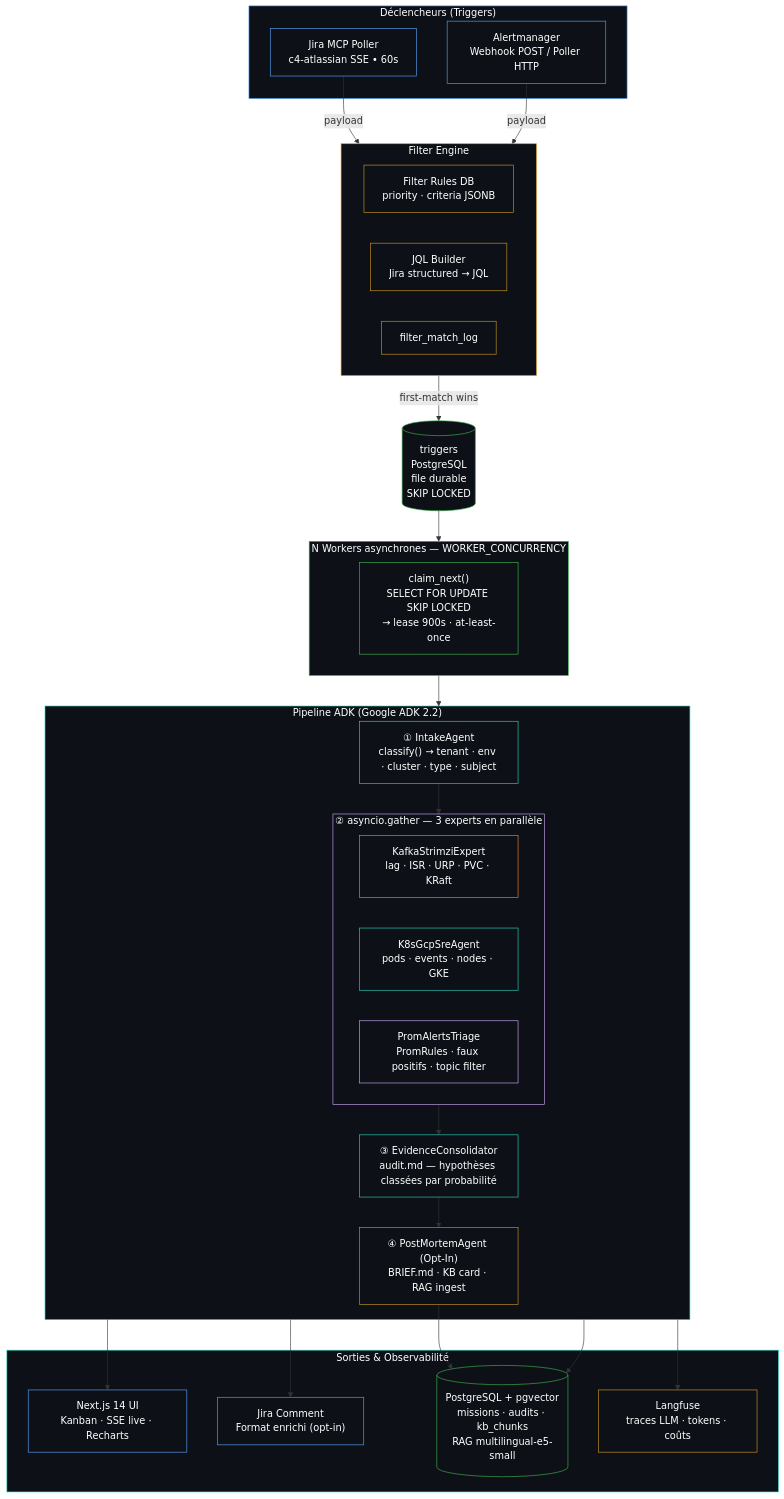
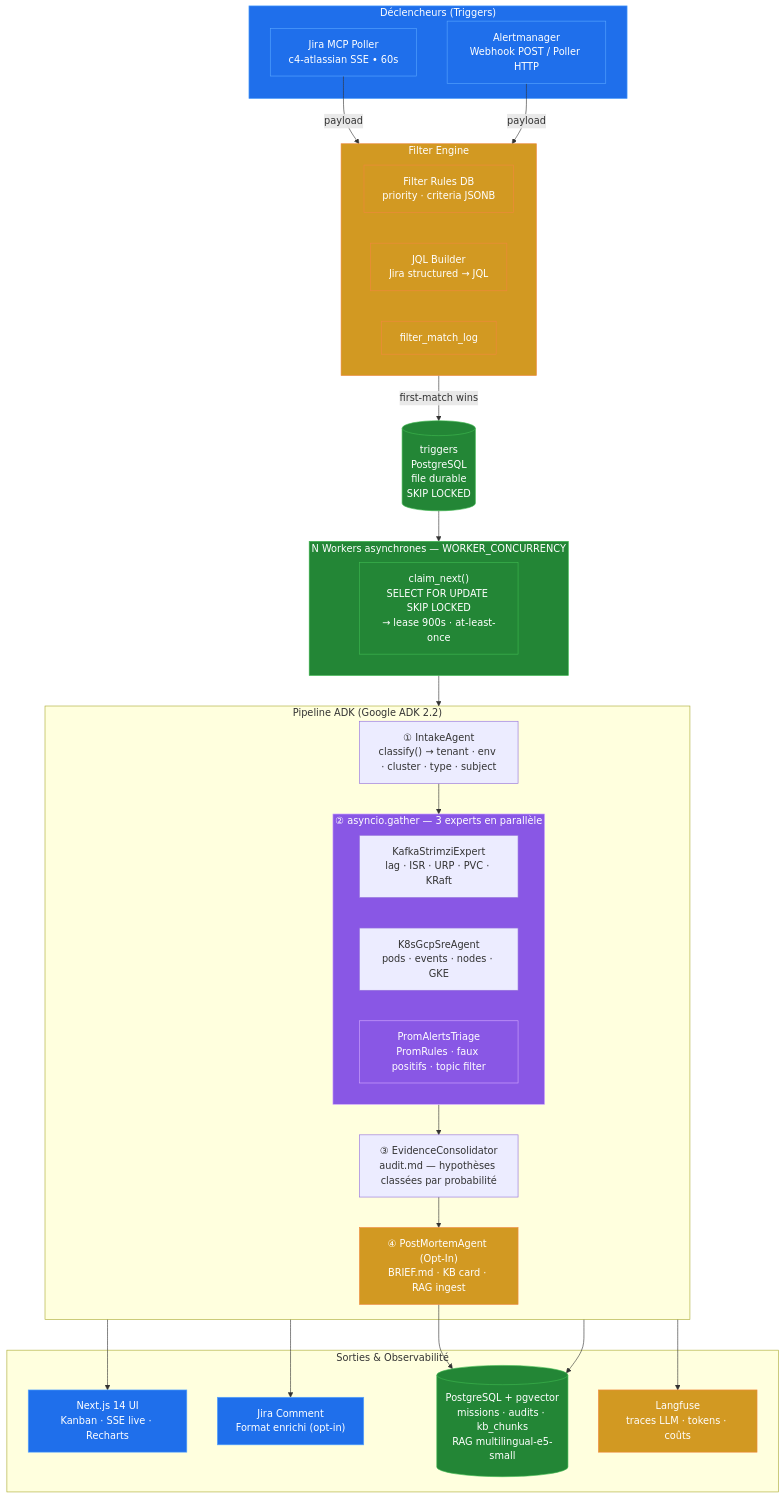
The second of 6 diagrams in README.md (arabaaoui/kafka-agentic-platform), drawn with Mermaid before and after one commit. The commit also changed other lines of this file and 73 other files, not shown here.

Commit message:
chore: unify README diagram styles and anonymize codebase for open-source

````diff
--- a/README.md
+++ b/README.md
@@ -60,66 +60,65 @@
 ```mermaid
 flowchart TD
     subgraph TRIG["Déclencheurs (Triggers)"]
         JM["Jira MCP Poller\nc4-atlassian SSE • 60s"]
         AM["Alertmanager\nWebhook POST / Poller HTTP"]
     end
 
     subgraph FE["Filter Engine"]
         FR["Filter Rules DB\npriority · criteria JSONB"]
         JQL["JQL Builder\nJira structured → JQL"]
         LOG["filter_match_log"]
     end
 
     DB[("triggers\nPostgreSQL\nfile durable\nSKIP LOCKED")]
 
     subgraph WORK["N Workers asynchrones — WORKER_CONCURRENCY"]
         W["claim_next()\nSELECT FOR UPDATE SKIP LOCKED\n→ lease 900s · at-least-once"]
     end
 
     subgraph PIPE["Pipeline ADK (Google ADK 2.2)"]
         IA["① IntakeAgent\nclassify() → tenant · env · cluster · type · subject"]
         subgraph PAR["② asyncio.gather — 3 experts en parallèle"]
             KE["KafkaStrimziExpert\nlag · ISR · URP · PVC · KRaft"]
             SRE["K8sGcpSreAgent\npods · events · nodes · GKE"]
             PT["PromAlertsTriage\nPromRules · faux positifs · topic filter"]
         end
         EC["③ EvidenceConsolidator\naudit.md — hypothèses classées par probabilité"]
         PM["④ PostMortemAgent (Opt-In)\nBRIEF.md · KB card · RAG ingest"]
     end
 
     subgraph OUT["Sorties & Observabilité"]
         UI["Next.js 14 UI\nKanban · SSE live · Recharts"]
         JIRA["Jira Comment\nFormat enrichi (opt-in)"]
         PGV[("PostgreSQL + pgvector\nmissions · audits · kb_chunks\nRAG multilingual-e5-small")]
         LF["Langfuse\ntraces LLM · tokens · coûts"]
     end
 
     JM -->|payload| FE
     AM -->|payload| FE
     FE -->|first-match wins| DB
     DB --> WORK
     WORK --> PIPE
     IA --> PAR
     PAR --> EC
     EC --> PM
     PIPE --> UI
     PIPE --> JIRA
     PM --> PGV
     PIPE --> LF
     PIPE --> PGV
 
     %% Style Definitions
-    classDef blueNode fill:#0d1117,stroke:#58a6ff,stroke-width:1px,color:#fff;
-    classDef yellowNode fill:#0d1117,stroke:#d29922,stroke-width:1px,color:#fff;
-    classDef greenNode fill:#0d1117,stroke:#3fb950,stroke-width:1px,color:#fff;
-    classDef purpleNode fill:#0d1117,stroke:#d2a8ff,stroke-width:1px,color:#fff;
-    classDef orangeNode fill:#0d1117,stroke:#f0883e,stroke-width:1px,color:#fff;
-    classDef tealNode fill:#0d1117,stroke:#2dd4bf,stroke-width:1px,color:#fff;
+    classDef blueNode fill:#1f6feb,stroke:#58a6ff,stroke-width:1px,color:#fff;
+    classDef yellowNode fill:#d29922,stroke:#f0883e,stroke-width:1px,color:#fff;
+    classDef greenNode fill:#238636,stroke:#3fb950,stroke-width:1px,color:#fff;
+    classDef purpleNode fill:#8957e5,stroke:#d2a8ff,stroke-width:1px,color:#fff;
+    classDef darkNode fill:#161b22,stroke:#30363d,stroke-width:1px,color:#8b949e;
 
     class JM,AM,UI,JIRA,TRIG blueNode;
     class FR,JQL,LOG,FE,PM,LF yellowNode;
     class DB,WORK,W,PGV greenNode;
     class PT,PAR purpleNode;
     class KE orangeNode;
-    class IA,EC,PIPE,OUT,SRE tealNode;
+    class IA,EC,PIPE,OUT,SRE,OUT tealNode;
 ```
````
